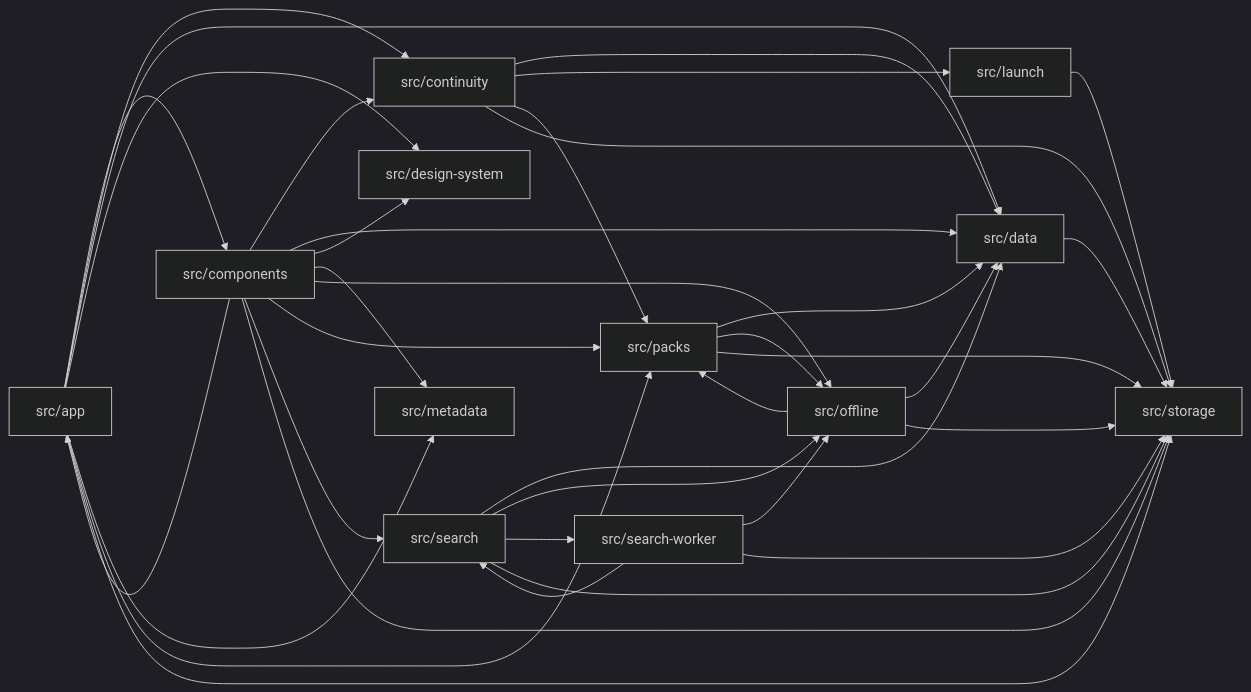
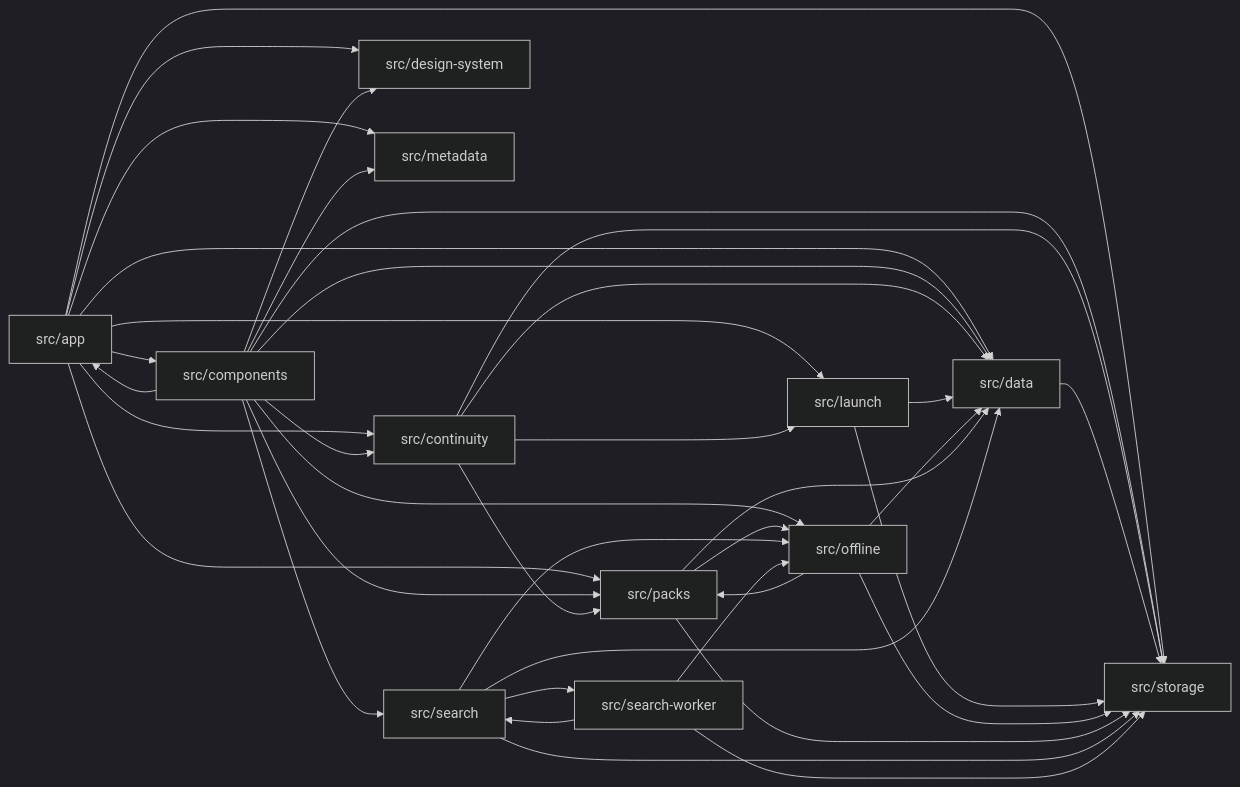
The diagram in docs/context/module-graph.md (Omar-MD/QuranAtlas), drawn with Mermaid (dark theme) before and after one commit. The commit also changed other lines of this file and 28 other files, not shown here.

````diff
--- a/docs/context/module-graph.md
+++ b/docs/context/module-graph.md
@@ -10,50 +10,52 @@
 ```mermaid
 graph LR
   src_app["src/app"]
   src_components["src/components"]
   src_continuity["src/continuity"]
   src_data["src/data"]
   src_design_system["src/design-system"]
   src_launch["src/launch"]
   src_metadata["src/metadata"]
   src_offline["src/offline"]
   src_packs["src/packs"]
   src_search["src/search"]
   src_search_worker["src/search-worker"]
   src_storage["src/storage"]
   src_app --> src_components
   src_app --> src_continuity
   src_app --> src_data
   src_app --> src_design_system
+  src_app --> src_launch
   src_app --> src_metadata
   src_app --> src_packs
   src_app --> src_storage
   src_components --> src_app
   src_components --> src_continuity
   src_components --> src_data
   src_components --> src_design_system
   src_components --> src_metadata
   src_components --> src_offline
   src_components --> src_packs
   src_components --> src_search
   src_components --> src_storage
   src_continuity --> src_data
   src_continuity --> src_launch
   src_continuity --> src_packs
   src_continuity --> src_storage
   src_data --> src_storage
+  src_launch --> src_data
   src_launch --> src_storage
   src_offline --> src_data
   src_offline --> src_packs
   src_offline --> src_storage
   src_packs --> src_data
   src_packs --> src_offline
   src_packs --> src_storage
   src_search --> src_data
   src_search --> src_offline
   src_search --> src_search_worker
   src_search --> src_storage
   src_search_worker --> src_offline
   src_search_worker --> src_search
   src_search_worker --> src_storage
 ```
````
